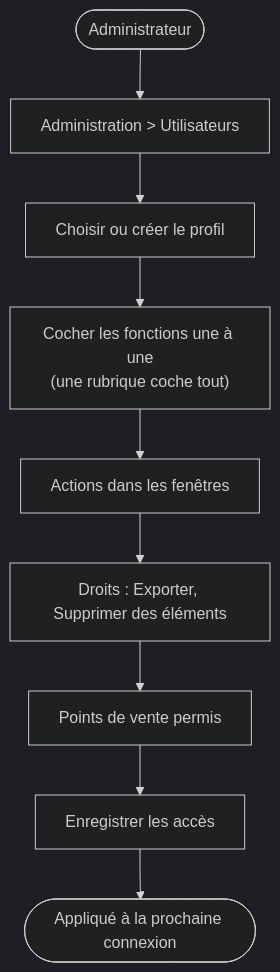
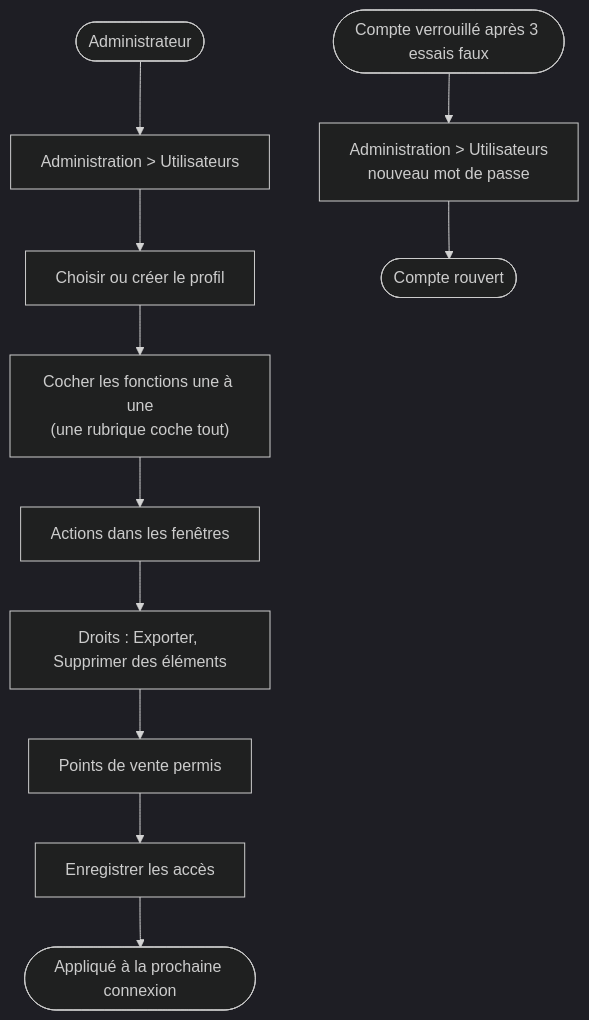
One commit to mteingueng-dot/MVOGMBI_Sync_2026.1 changed diagram 13 of 13 in documentation/WORKFLOWS.md. Above: the diagram before and after it, drawn with Mermaid (dark theme). The commit also changed other lines of this file and 27 other files, not shown here.

````diff
--- a/documentation/WORKFLOWS.md
+++ b/documentation/WORKFLOWS.md
@@ -164,11 +216,12 @@
 ```mermaid
 flowchart TD
     A([Administrateur]) --> B["Administration > Utilisateurs"]
     B --> C["Choisir ou créer le profil"]
     C --> D["Cocher les fonctions une à une<br/>(une rubrique coche tout)"]
     D --> E["Actions dans les fenêtres"]
     E --> F["Droits : Exporter, Supprimer des éléments"]
     F --> G["Points de vente permis"]
     G --> H["Enregistrer les accès"]
     H --> I([Appliqué à la prochaine connexion])
+    J([Compte verrouillé après 3 essais faux]) --> K["Administration > Utilisateurs<br/>nouveau mot de passe"] --> L([Compte rouvert])
 ```
````
